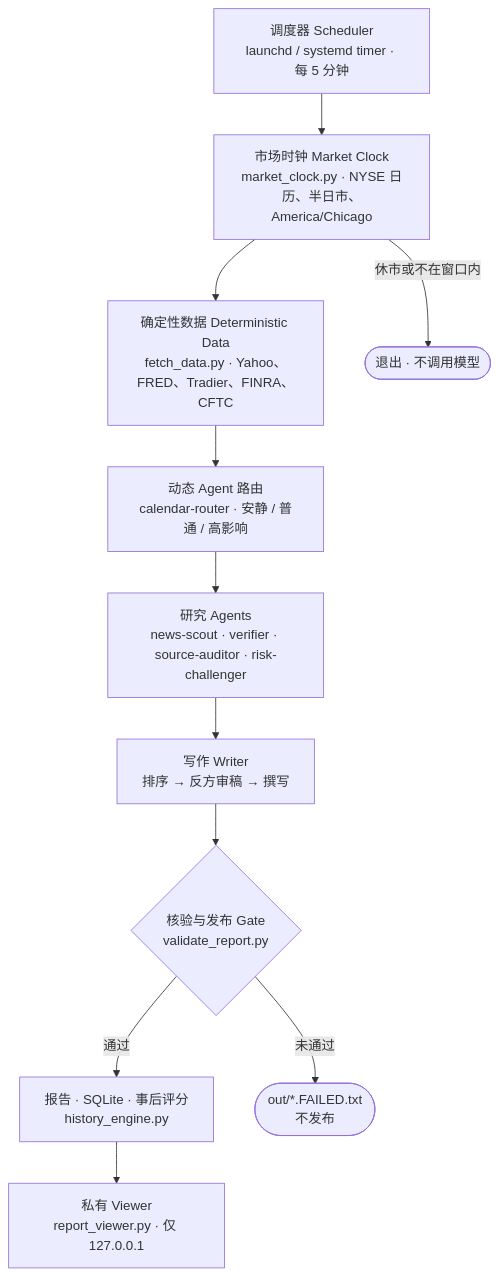
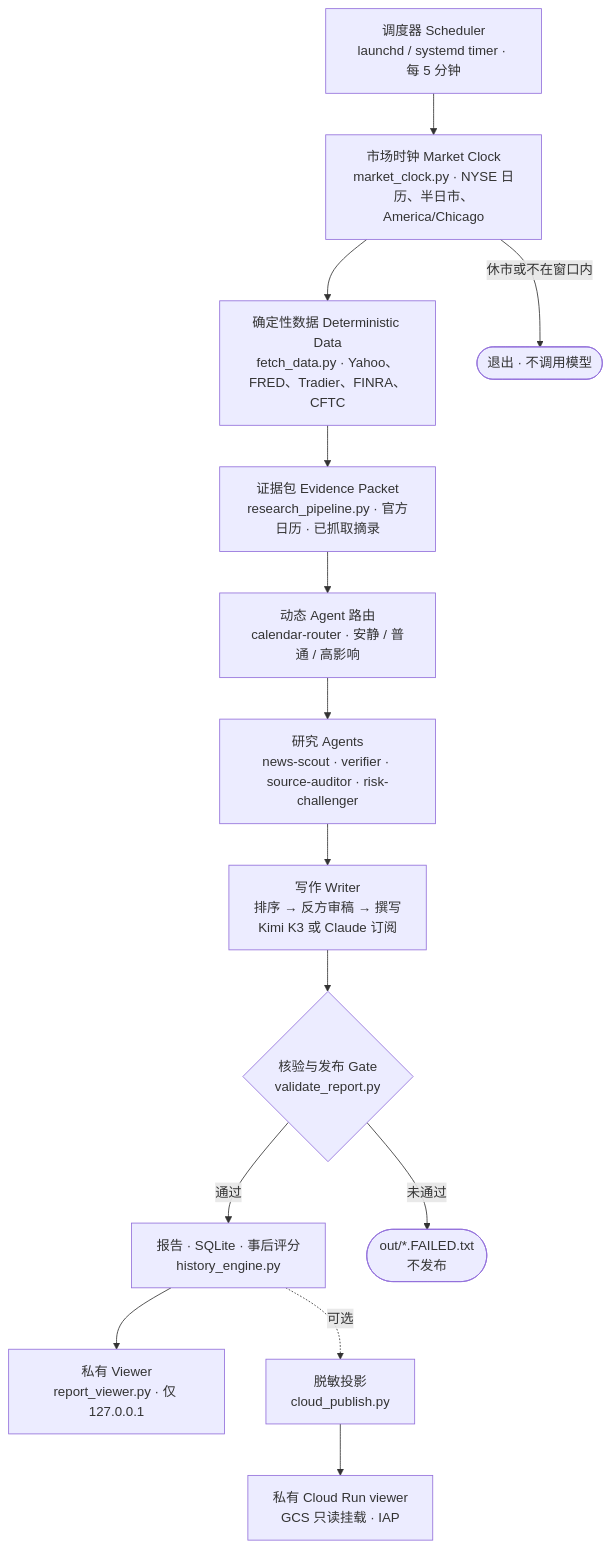
Before and after one commit to HaoyeYang/market-brief: the diagram in README.zh-CN.md, drawn with Mermaid. The commit also changed other lines of this file and 27 other files, not shown here.

First line of the commit message:
Add evidence pipeline, hybrid writer, and private cloud viewer (#7)

````diff
--- a/README.zh-CN.md
+++ b/README.zh-CN.md
@@ -60,15 +79,18 @@
 ```mermaid
 flowchart TD
     A["调度器 Scheduler<br/>launchd / systemd timer · 每 5 分钟"] --> B
     B["市场时钟 Market Clock<br/>market_clock.py · NYSE 日历、半日市、America/Chicago"] --> C
     B -->|"休市或不在窗口内"| Z(["退出 · 不调用模型"])
-    C["确定性数据 Deterministic Data<br/>fetch_data.py · Yahoo、FRED、Tradier、FINRA、CFTC"] --> D
+    C["确定性数据 Deterministic Data<br/>fetch_data.py · Yahoo、FRED、Tradier、FINRA、CFTC"] --> R
+    R["证据包 Evidence Packet<br/>research_pipeline.py · 官方日历 · 已抓取摘录"] --> D
     D["动态 Agent 路由<br/>calendar-router · 安静 / 普通 / 高影响"] --> E
     E["研究 Agents<br/>news-scout · verifier · source-auditor · risk-challenger"] --> F
-    F["写作 Writer<br/>排序 → 反方审稿 → 撰写"] --> G
+    F["写作 Writer<br/>排序 → 反方审稿 → 撰写<br/>Kimi K3 或 Claude 订阅"] --> G
     G{"核验与发布 Gate<br/>validate_report.py"}
     G -->|通过| H
     G -->|未通过| Y(["out/*.FAILED.txt<br/>不发布"])
     H["报告 · SQLite · 事后评分<br/>history_engine.py"] --> I
     I["私有 Viewer<br/>report_viewer.py · 仅 127.0.0.1"]
+    H -.->|"可选"| J["脱敏投影<br/>cloud_publish.py"]
+    J --> K["私有 Cloud Run viewer<br/>GCS 只读挂载 · IAP"]
 ```
````
